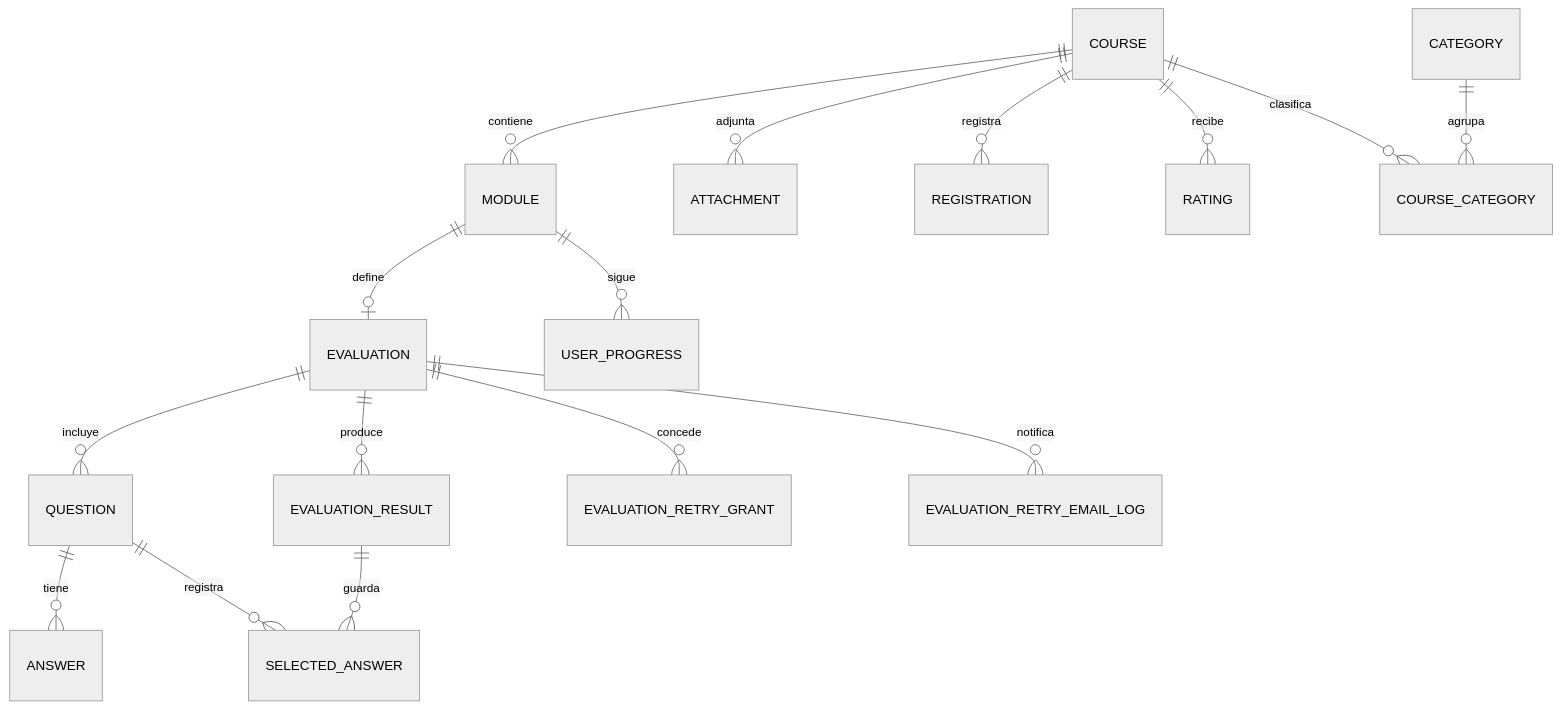
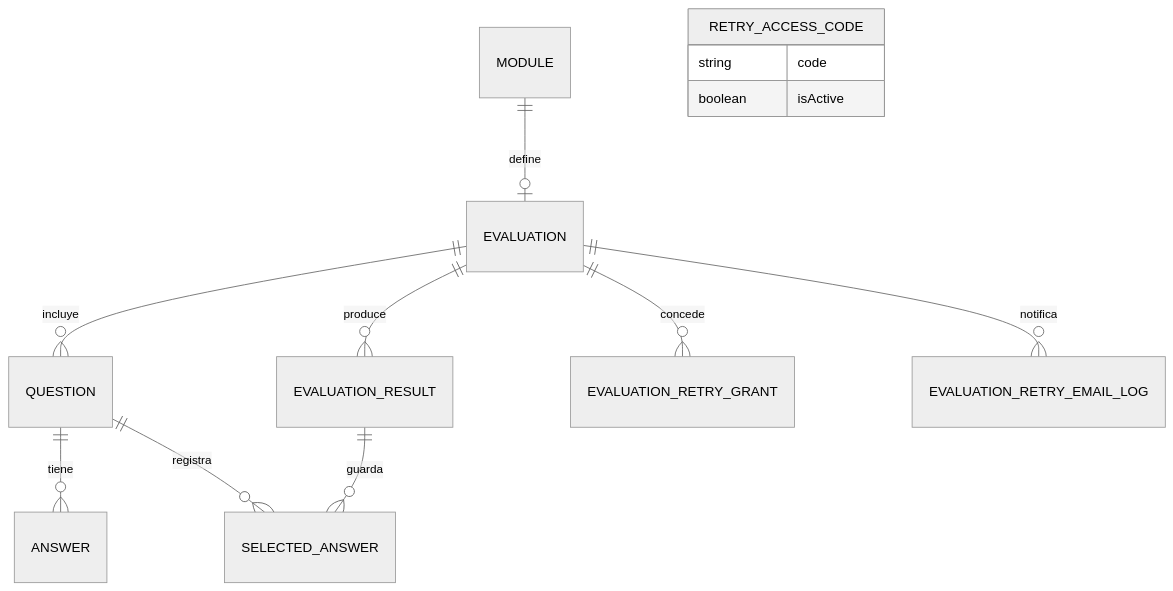
Before and after one commit to aulasteammed/lms-steam: the second of 5 diagrams in docs/tecnica-arquitectura/modelo-datos.md, drawn with Mermaid (neutral theme). The commit also changed other lines of this file and 20 other files, not shown here.

````diff
--- a/docs/tecnica-arquitectura/modelo-datos.md
+++ b/docs/tecnica-arquitectura/modelo-datos.md
@@ -23,21 +36,15 @@
 ```mermaid
 erDiagram
-    COURSE ||--o{ MODULE : contiene
-    COURSE ||--o{ ATTACHMENT : adjunta
-    COURSE ||--o{ REGISTRATION : registra
-    COURSE ||--o{ RATING : recibe
-    COURSE ||--o{ COURSE_CATEGORY : clasifica
-    CATEGORY ||--o{ COURSE_CATEGORY : agrupa
-
     MODULE ||--o| EVALUATION : define
-    MODULE ||--o{ USER_PROGRESS : sigue
-
     EVALUATION ||--o{ QUESTION : incluye
     QUESTION ||--o{ ANSWER : tiene
     EVALUATION ||--o{ EVALUATION_RESULT : produce
+    EVALUATION_RESULT ||--o{ SELECTED_ANSWER : guarda
     QUESTION ||--o{ SELECTED_ANSWER : registra
-    EVALUATION_RESULT ||--o{ SELECTED_ANSWER : guarda
-
     EVALUATION ||--o{ EVALUATION_RETRY_GRANT : concede
     EVALUATION ||--o{ EVALUATION_RETRY_EMAIL_LOG : notifica
+    RETRY_ACCESS_CODE {
+        string code
+        boolean isActive
+    }
 ```
````
